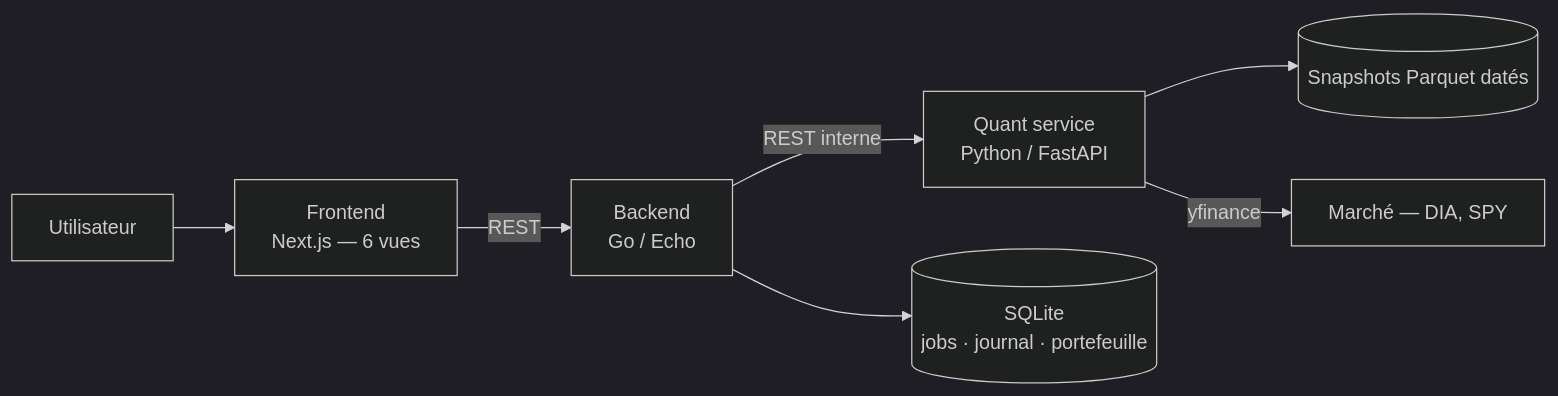
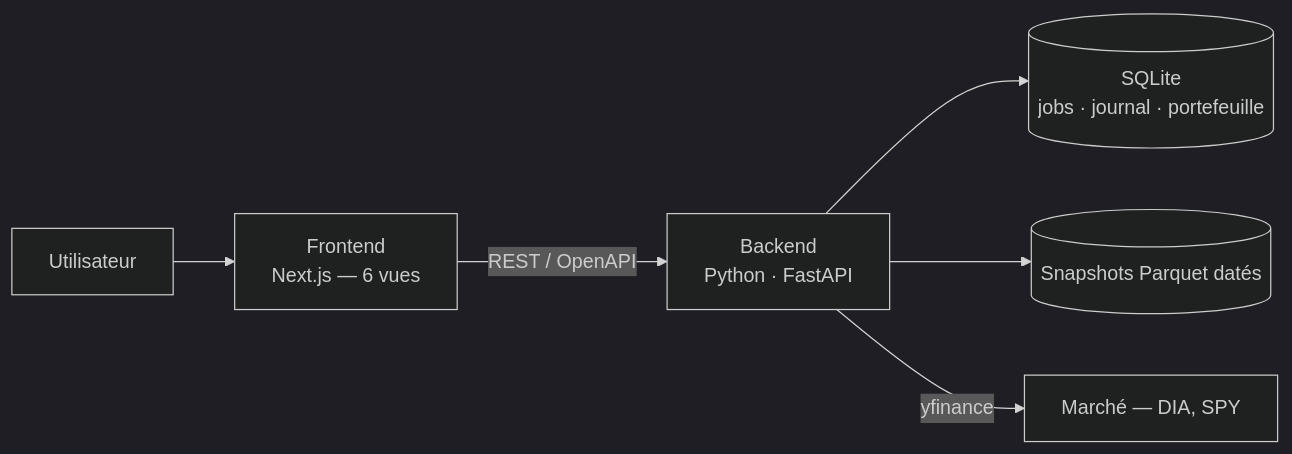
The diagram in README.md (Zakaria12e/dia-quant-lab), drawn with Mermaid (dark theme) before and after one commit. The commit also changed other lines of this file, not shown here.

````diff
--- a/README.md
+++ b/README.md
@@ -132,9 +142,8 @@
 ```mermaid
 flowchart LR
     U["Utilisateur"] --> F["Frontend<br/>Next.js — 6 vues"]
-    F -->|REST| B["Backend<br/>Go / Echo"]
-    B -->|REST interne| Q["Quant service<br/>Python / FastAPI"]
+    F -->|REST / OpenAPI| B["Backend<br/>Python · FastAPI"]
     B --> DB[("SQLite<br/>jobs · journal · portefeuille")]
-    Q --> S[("Snapshots Parquet datés")]
-    Q -->|yfinance| M["Marché — DIA, SPY"]
+    B --> S[("Snapshots Parquet datés")]
+    B -->|yfinance| M["Marché — DIA, SPY"]
 ```
````
